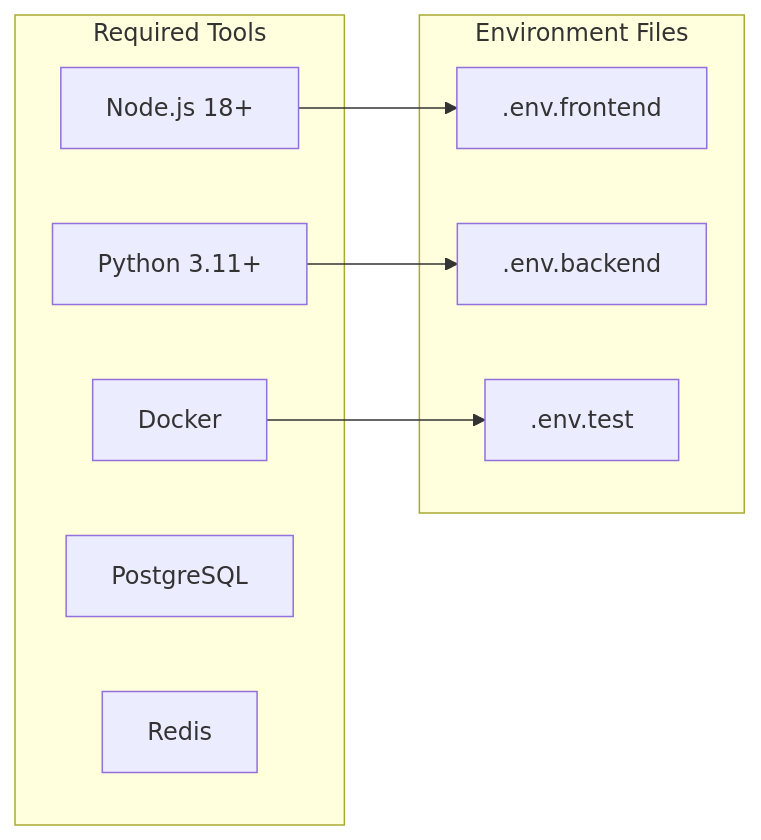
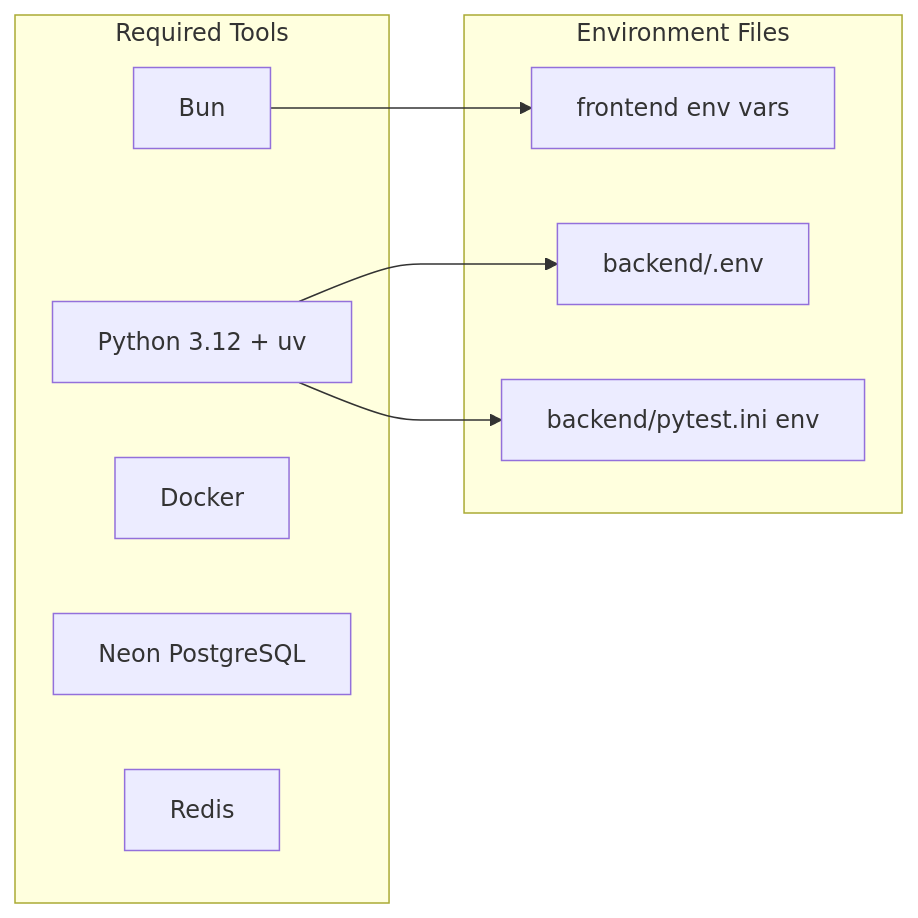
Before and after one commit to gofrolist/calorie-track-ai-bot-api: the second of 7 diagrams in docs/INTEGRATION_TESTING.md, drawn with Mermaid. The commit also changed other lines of this file and 49 other files, not shown here.

First line of the commit message:
docs: align documentation with current code and architecture

````diff
--- a/docs/INTEGRATION_TESTING.md
+++ b/docs/INTEGRATION_TESTING.md
@@ -71,20 +66,20 @@
 ```mermaid
 graph LR
     subgraph "Required Tools"
-        NODE[Node.js 18+]
-        PYTHON[Python 3.11+]
+        BUN[Bun]
+        PYTHON[Python 3.12 + uv]
         DOCKER[Docker]
-        POSTGRES[PostgreSQL]
+        POSTGRES[Neon PostgreSQL]
         REDIS[Redis]
     end
 
     subgraph "Environment Files"
-        ENV_FE[.env.frontend]
-        ENV_BE[.env.backend]
-        ENV_TEST[.env.test]
+        ENV_FE[frontend env vars]
+        ENV_BE[backend/.env]
+        ENV_TEST[backend/pytest.ini env]
     end
 
-    NODE --> ENV_FE
+    BUN --> ENV_FE
     PYTHON --> ENV_BE
-    DOCKER --> ENV_TEST
+    PYTHON --> ENV_TEST
 ```
````
